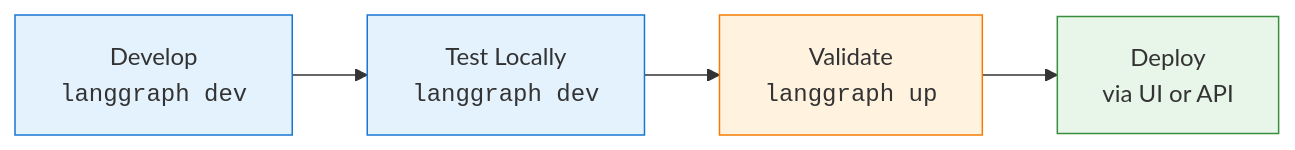
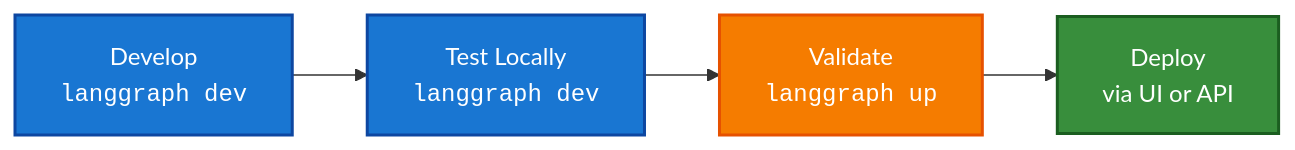
One commit to langchain-ai/docs changed the diagram in src/langsmith/local-dev-testing.mdx. Above: the diagram before and after it, drawn with Mermaid.

Commit message:
Fix light/dark mode for local dev diagram

````diff
--- a/src/langsmith/local-dev-testing.mdx
+++ b/src/langsmith/local-dev-testing.mdx
@@ -32,9 +32,9 @@
 ```mermaid
 flowchart LR
     A["Develop<br/><code>langgraph dev</code>"] --> B["Test Locally<br/><code>langgraph dev</code>"] --> C["Validate<br/><code>langgraph up</code>"] --> D["Deploy<br/>via UI or API"]
 
-    style A fill:#e3f2fd,stroke:#1976d2
-    style B fill:#e3f2fd,stroke:#1976d2
-    style C fill:#fff3e0,stroke:#f57c00
-    style D fill:#e8f5e9,stroke:#388e3c
+    style A fill:#1976d2,stroke:#0d47a1,stroke-width:2px,color:#fff
+    style B fill:#1976d2,stroke:#0d47a1,stroke-width:2px,color:#fff
+    style C fill:#f57c00,stroke:#e65100,stroke-width:2px,color:#fff
+    style D fill:#388e3c,stroke:#1b5e20,stroke-width:2px,color:#fff
 ```
````
